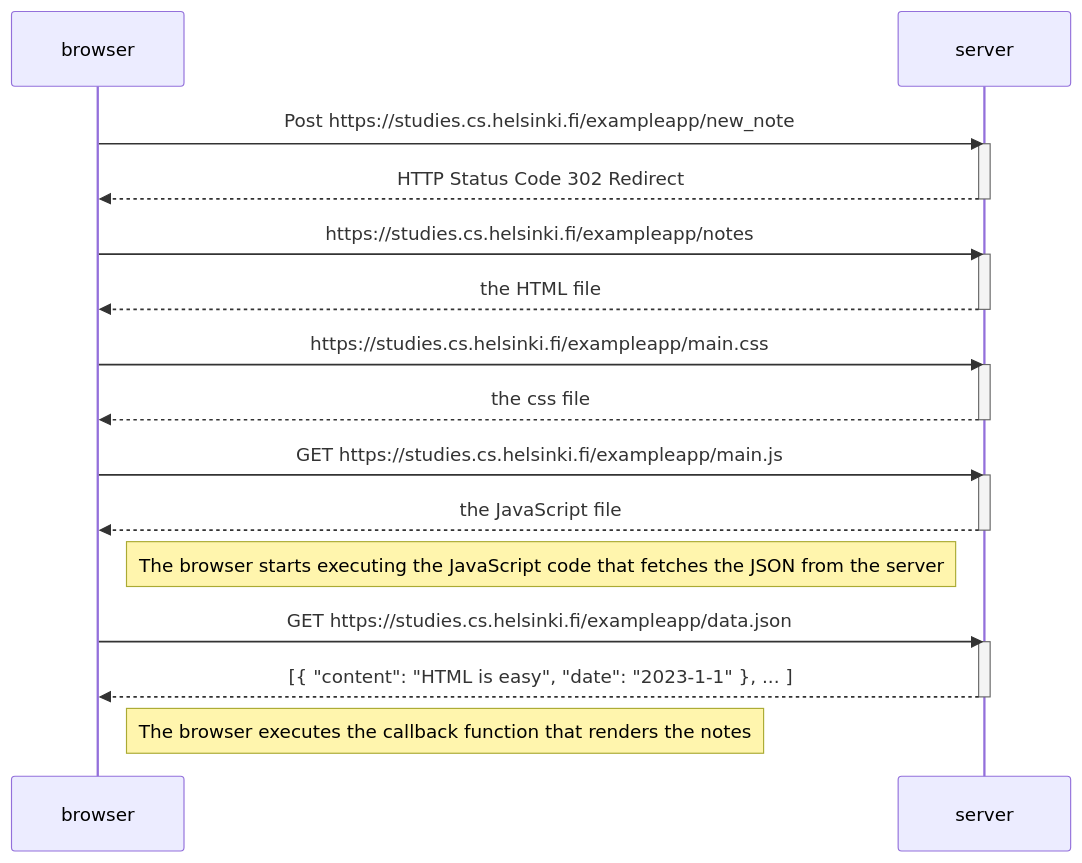
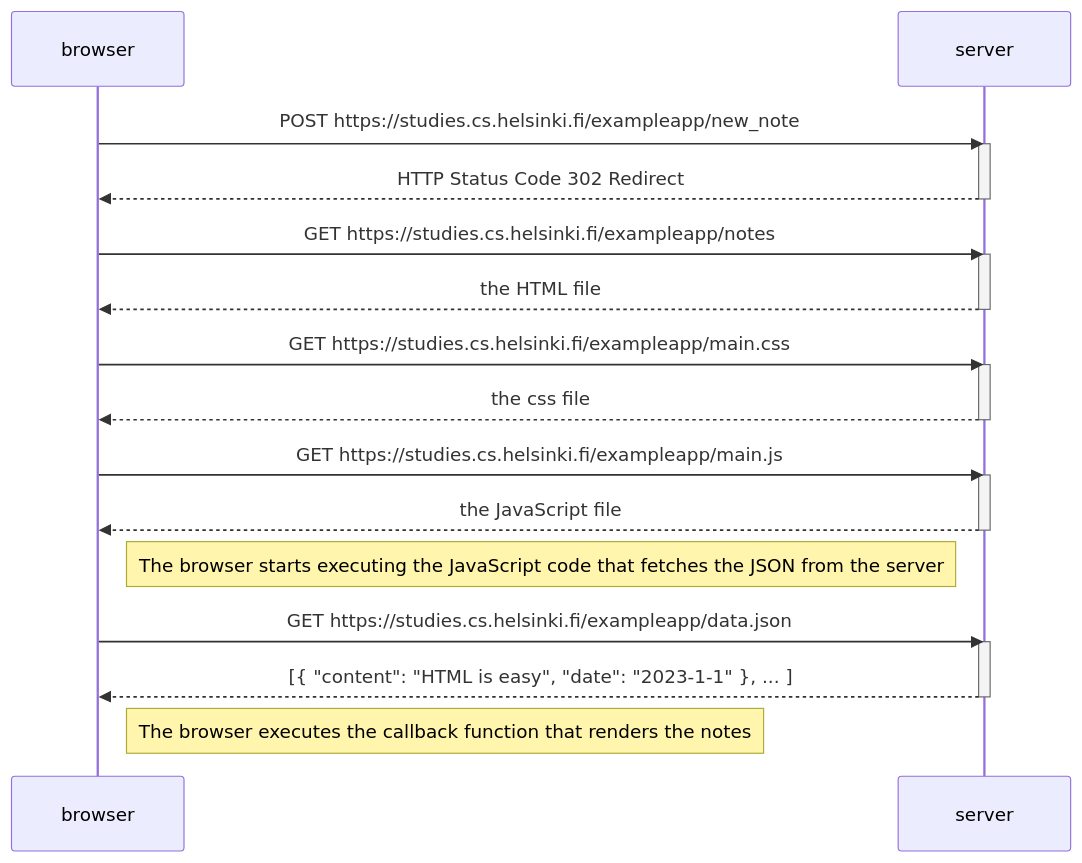
Before and after one commit to LuigiPizzaria/UniversityOfHelsinki: the diagram in part0/newnotediagram.md, drawn with Mermaid.

````diff
--- a/part0/newnotediagram.md
+++ b/part0/newnotediagram.md
@@ -1,34 +1,34 @@
 ```mermaid
 sequenceDiagram
     participant browser
     participant server
 
-    browser->>server: Post https://studies.cs.helsinki.fi/exampleapp/new_note
+    browser->>server: POST https://studies.cs.helsinki.fi/exampleapp/new_note
     activate server
     server-->>browser: HTTP Status Code 302 Redirect
     deactivate server
 
-    browser->>server: https://studies.cs.helsinki.fi/exampleapp/notes
+    browser->>server: GET https://studies.cs.helsinki.fi/exampleapp/notes
     activate server
     server-->>browser: the HTML file
     deactivate server
 
-    browser->>server: https://studies.cs.helsinki.fi/exampleapp/main.css
+    browser->>server: GET https://studies.cs.helsinki.fi/exampleapp/main.css
     activate server
     server-->>browser: the css file
     deactivate server
 
     browser->>server: GET https://studies.cs.helsinki.fi/exampleapp/main.js
     activate server
     server-->>browser: the JavaScript file
     deactivate server
 
     Note right of browser: The browser starts executing the JavaScript code that fetches the JSON from the server
 
     browser->>server: GET https://studies.cs.helsinki.fi/exampleapp/data.json
     activate server
     server-->>browser: [{ "content": "HTML is easy", "date": "2023-1-1" }, ... ]
     deactivate server
 
     Note right of browser: The browser executes the callback function that renders the notes
 ```
````
